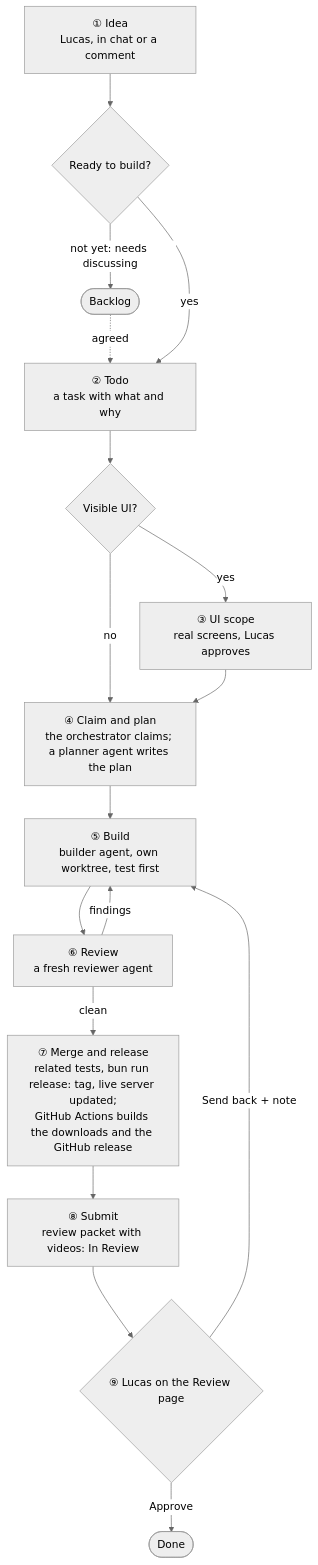
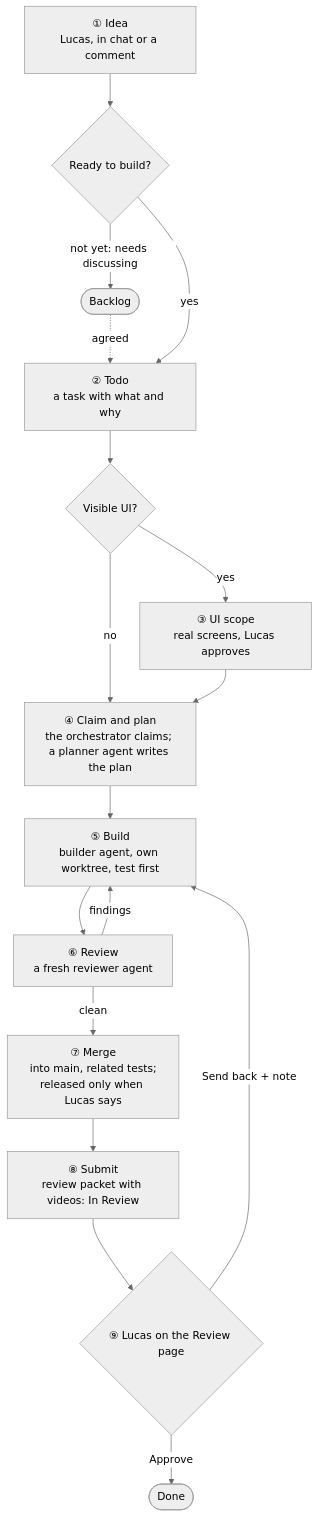
Before and after one commit to lnmunhoz/cello: the first of 5 diagrams in docs/feature-lifecycle.md, drawn with Mermaid (neutral theme). The commit also changed other lines of this file and 5 other files, not shown here.

Commit message:
docs(agents): release only when Lucas says; merging a task no longer releases it (CEL-159)

````diff
--- a/docs/feature-lifecycle.md
+++ b/docs/feature-lifecycle.md
@@ -10,19 +10,19 @@
 ```mermaid
 flowchart TD
     A["① Idea<br/>Lucas, in chat or a comment"] --> B{"Ready to build?"}
     B -->|"not yet: needs discussing"| BL(["Backlog"])
     BL -.->|"agreed"| T
     B -->|yes| T["② Todo<br/>a task with what and why"]
     T --> S{"Visible UI?"}
     S -->|yes| SC["③ UI scope<br/>real screens, Lucas approves"]
     S -->|no| C
     SC --> C["④ Claim and plan<br/>the orchestrator claims; a planner agent writes the plan"]
     C --> BU["⑤ Build<br/>builder agent, own worktree, test first"]
     BU --> RV["⑥ Review<br/>a fresh reviewer agent"]
     RV -->|findings| BU
-    RV -->|clean| M["⑦ Merge and release<br/>related tests, bun run release: tag, live server updated;<br/>GitHub Actions builds the downloads and the GitHub release"]
+    RV -->|clean| M["⑦ Merge<br/>into main, related tests;<br/>released only when Lucas says"]
     M --> P["⑧ Submit<br/>review packet with videos: In Review"]
     P --> L{"⑨ Lucas on the Review page"}
     L -->|Approve| D(["Done"])
     L -->|"Send back + note"| BU
 ```
````
